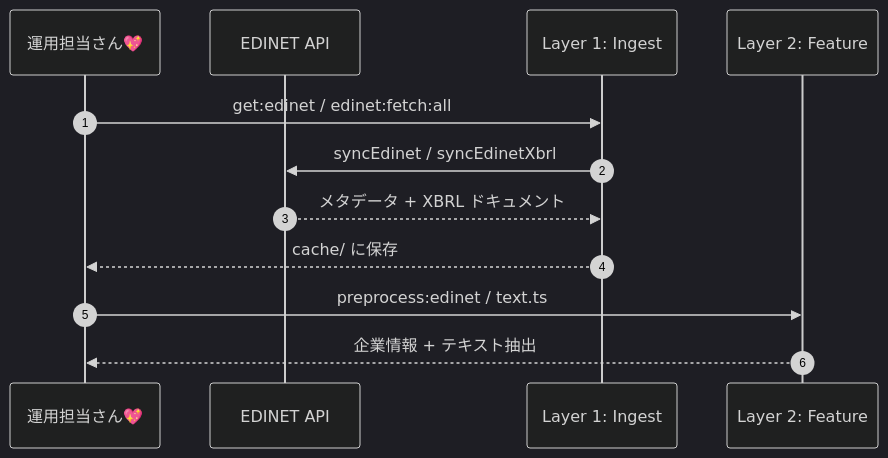
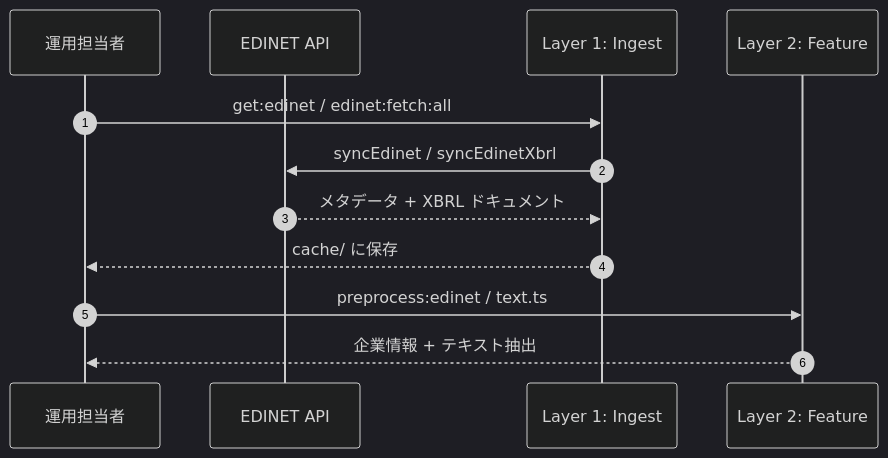
One commit to KAFKA2306/investor2 changed the first of 2 diagrams in docs/specs/EDINET.md. Above: the diagram before and after it, drawn with Mermaid (dark theme). The commit also changed other lines of this file and 82 other files, not shown here.

````diff
--- a/docs/specs/EDINET.md
+++ b/docs/specs/EDINET.md
@@ -19,15 +21,15 @@
 ```mermaid
 sequenceDiagram
     autonumber
-    participant Ops as 運用担当さん💖
+    participant Ops as 運用担当者
     participant EDINET_API as EDINET API
     participant Ingest as Layer 1: Ingest
     participant Feature as Layer 2: Feature
 
     Ops->>Ingest: get:edinet / edinet:fetch:all
     Ingest->>EDINET_API: syncEdinet / syncEdinetXbrl
     EDINET_API-->>Ingest: メタデータ + XBRL ドキュメント
     Ingest-->>Ops: cache/ に保存
     Ops->>Feature: preprocess:edinet / text.ts
     Feature-->>Ops: 企業情報 + テキスト抽出
 ```
````
